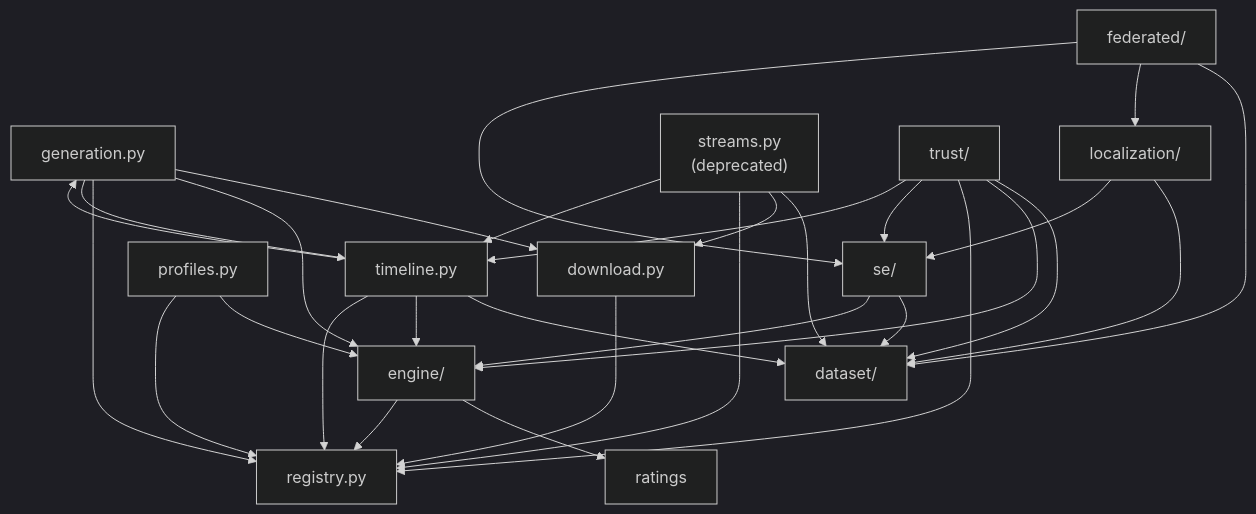
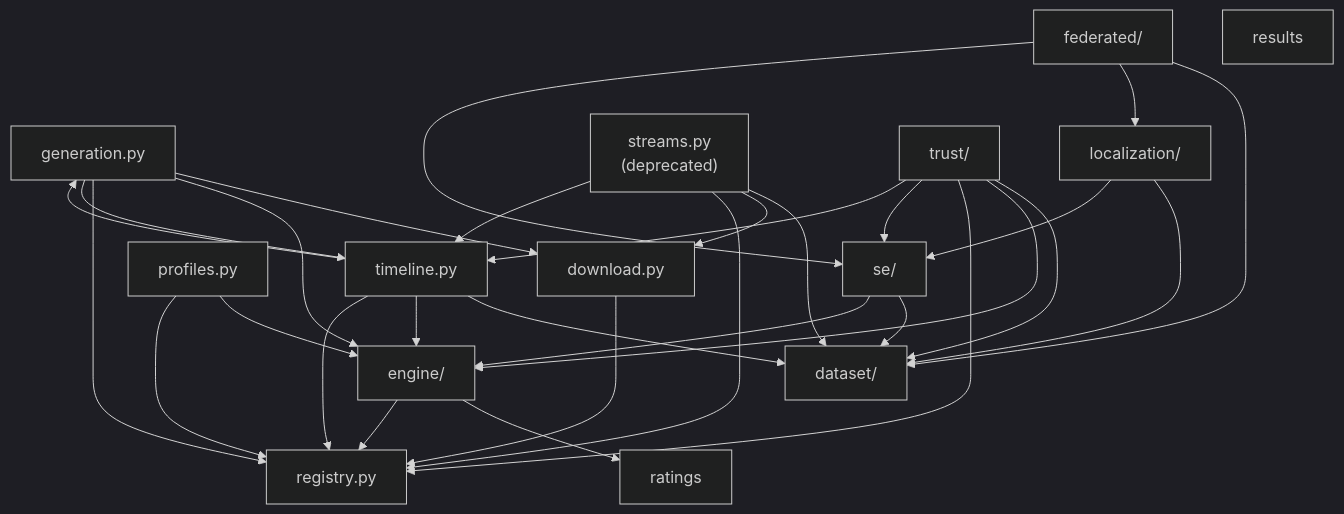
The diagram in docs/figures/diagrams/modules.mmd (myersben9/fdia-graph), drawn with Mermaid (dark theme) before and after one commit. The commit also changed 84 other files, not shown here.

```diff
--- a/docs/figures/diagrams/modules.mmd
+++ b/docs/figures/diagrams/modules.mmd
@@ -1,43 +1,44 @@
 flowchart TB
     dataset["dataset/"]
     download["download.py"]
     engine["engine/"]
     federated["federated/"]
     generation["generation.py"]
     localization["localization/"]
     profiles["profiles.py"]
     ratings["ratings"]
     registry["registry.py"]
+    results["results"]
     se["se/"]
     streams["streams.py<br/>(deprecated)"]
     timeline["timeline.py"]
     trust["trust/"]
     download --> registry
     engine --> ratings
     engine --> registry
     federated --> dataset
     federated --> localization
     federated --> se
     generation --> download
     generation --> engine
     generation --> registry
     generation --> timeline
     localization --> dataset
     localization --> se
     profiles --> engine
     profiles --> registry
     se --> dataset
     se --> engine
     streams --> dataset
     streams --> download
     streams --> registry
     streams --> timeline
     timeline --> dataset
     timeline --> engine
     timeline --> generation
     timeline --> registry
     trust --> dataset
     trust --> engine
     trust --> registry
     trust --> se
     trust --> timeline
```
